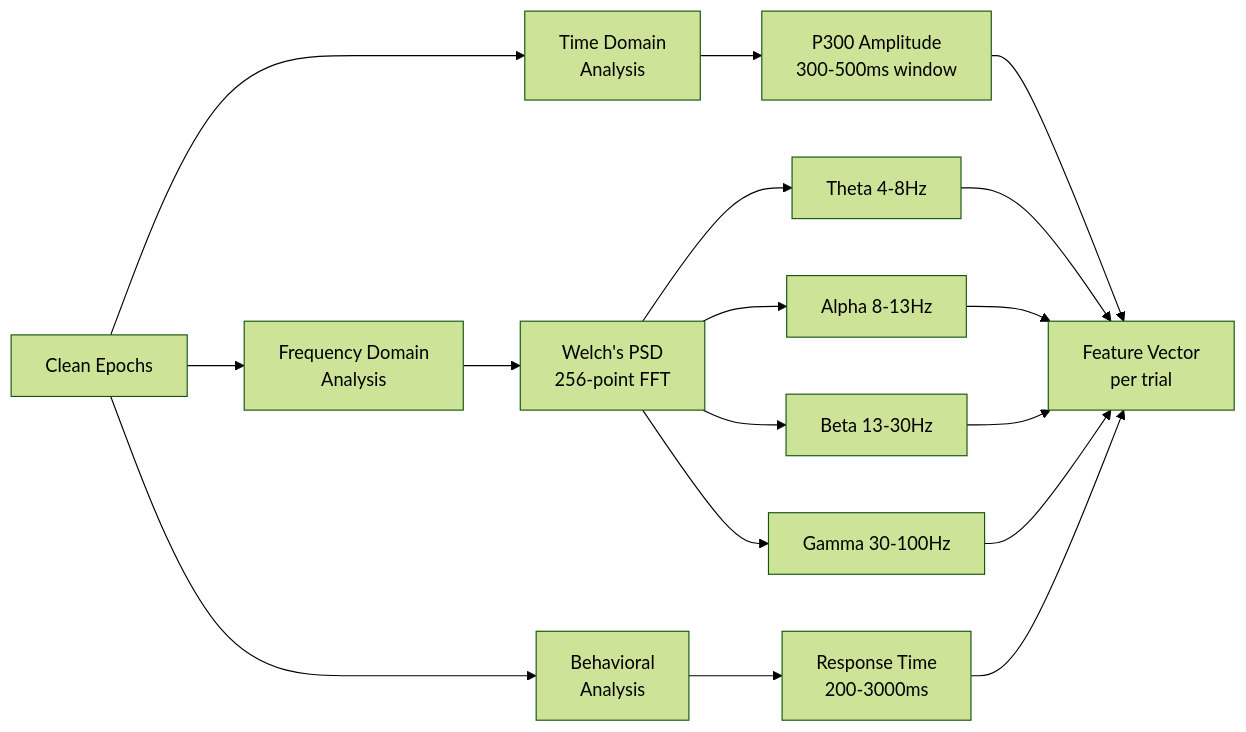
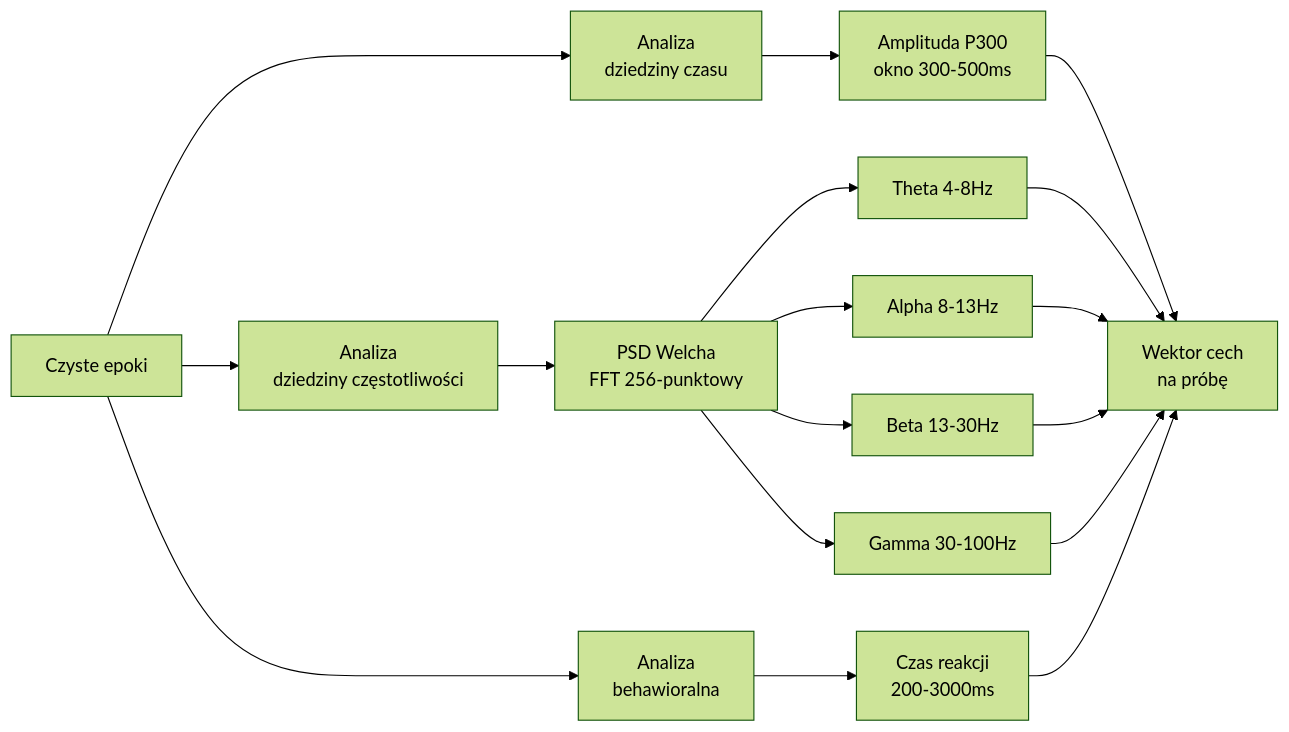
One commit to wsparcie/ai-ml-neuron-rekrutacja-2025 changed the third of 4 diagrams in README.md. Above: the diagram before and after it, drawn with Mermaid (forest theme). The commit also changed other lines of this file, not shown here.

````diff
--- a/README.md
+++ b/README.md
@@ -139,23 +135,23 @@
 ```mermaid
 graph LR
-    A[Clean Epochs] --> B[Time Domain<br/>Analysis]
-    A --> C[Frequency Domain<br/>Analysis]
-    A --> D[Behavioral<br/>Analysis]
+    A[Czyste epoki] --> B[Analiza<br/>dziedziny czasu]
+    A --> C[Analiza<br/>dziedziny częstotliwości]
+    A --> D[Analiza<br/>behawioralna]
 
-    B --> E[P300 Amplitude<br/>300-500ms window]
+    B --> E[Amplituda P300<br/>okno 300-500ms]
 
-    C --> F[Welch's PSD<br/>256-point FFT]
+    C --> F[PSD Welcha<br/>FFT 256-punktowy]
     F --> G[Theta 4-8Hz]
     F --> H[Alpha 8-13Hz]
     F --> I[Beta 13-30Hz]
     F --> J[Gamma 30-100Hz]
 
-    D --> K[Response Time<br/>200-3000ms]
+    D --> K[Czas reakcji<br/>200-3000ms]
 
-    E --> L[Feature Vector<br/>per trial]
+    E --> L[Wektor cech<br/>na próbę]
     G --> L
     H --> L
     I --> L
     J --> L
     K --> L
 ```
````
